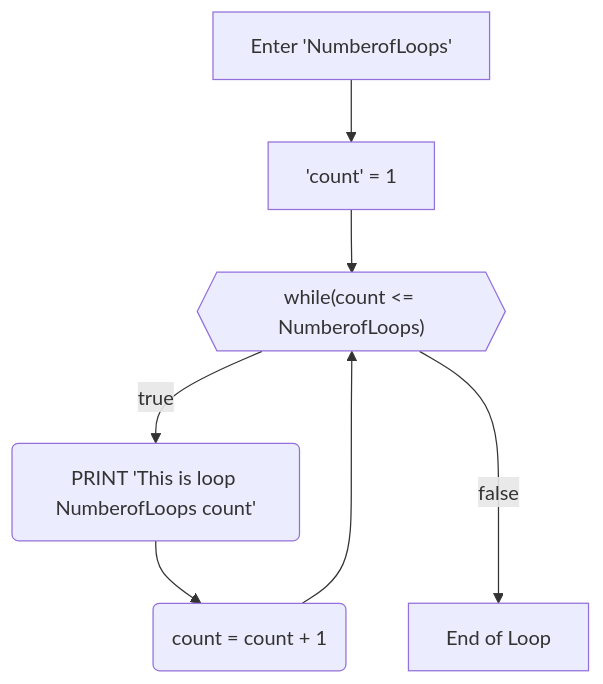
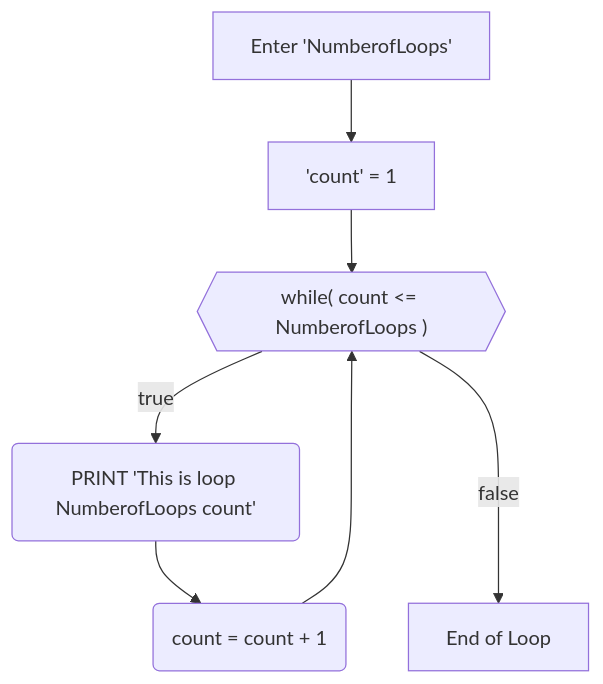
The second of 2 diagrams in 4pretest/README.md (amydevs/php-assignments), drawn with Mermaid before and after one commit. The commit also changed other lines of this file and 1 other file, not shown here.

Commit message:
perenthesis

````diff
--- a/4pretest/README.md
+++ b/4pretest/README.md
@@ -38,11 +38,11 @@
 ```mermaid
 graph TD
 	enter["Enter 'NumberofLoops'"]
 	set["'count' = 1"]
-	while{{"while(count <= NumberofLoops)"}}
+	while{{" while( count <= NumberofLoops ) "}}
 	do("PRINT 'This is loop NumberofLoops count'")
 	add("count = count + 1")
 	endofloop["End of Loop"]
 	enter --> set --> while -- true --> do --> add --> while
 	while -- false ---> endofloop["End of Loop"]
 ```
````
